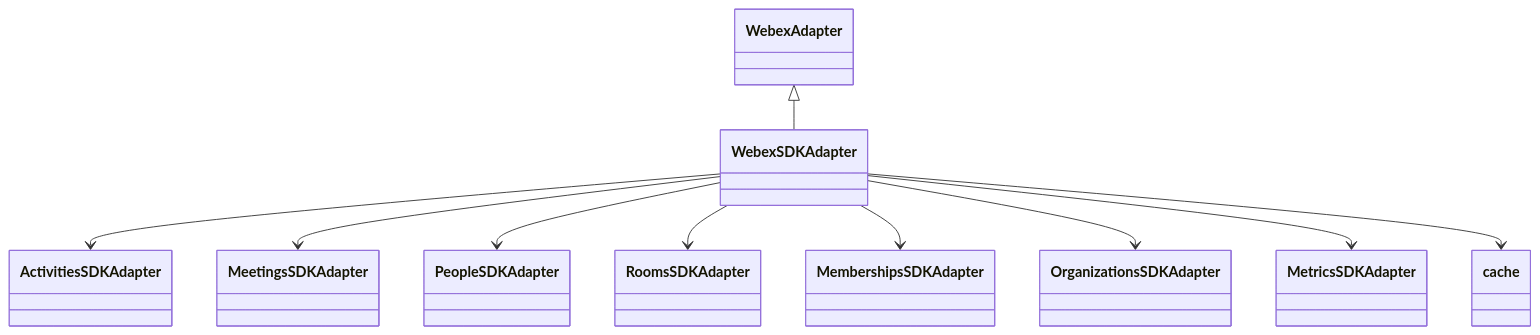
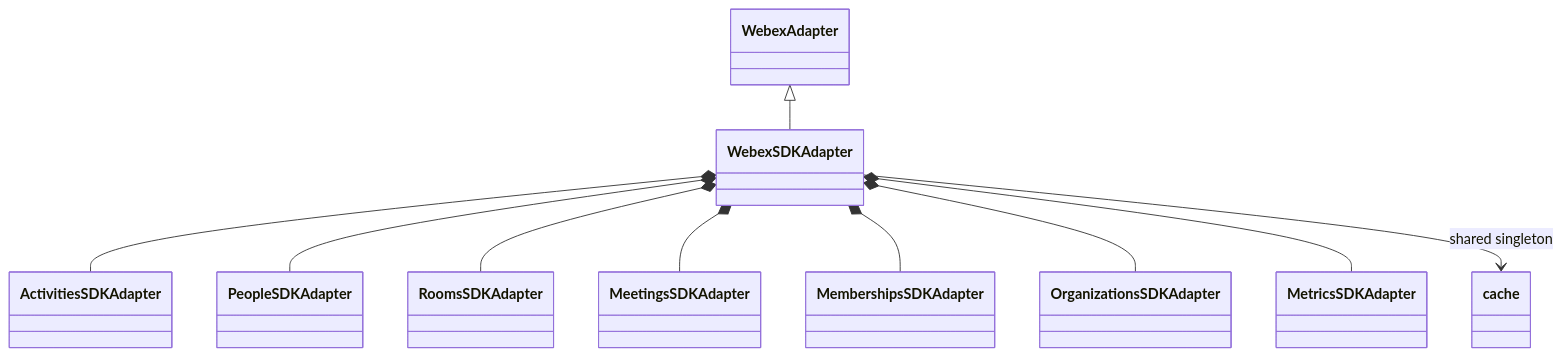
One commit to webex/sdk-component-adapter changed the fourth of 4 diagrams in src/ai-docs/webex-sdk-adapter-spec.md. Above: the diagram before and after it, drawn with Mermaid. The commit also changed other lines of this file and 17 other files, not shown here.

````diff
--- a/src/ai-docs/webex-sdk-adapter-spec.md
+++ b/src/ai-docs/webex-sdk-adapter-spec.md
@@ -157,12 +181,12 @@
 ```mermaid
 classDiagram
   WebexAdapter <|-- WebexSDKAdapter
-  WebexSDKAdapter --> ActivitiesSDKAdapter
-  WebexSDKAdapter --> MeetingsSDKAdapter
-  WebexSDKAdapter --> PeopleSDKAdapter
-  WebexSDKAdapter --> RoomsSDKAdapter
-  WebexSDKAdapter --> MembershipsSDKAdapter
-  WebexSDKAdapter --> OrganizationsSDKAdapter
-  WebexSDKAdapter --> MetricsSDKAdapter
-  WebexSDKAdapter --> cache
+  WebexSDKAdapter *-- ActivitiesSDKAdapter
+  WebexSDKAdapter *-- PeopleSDKAdapter
+  WebexSDKAdapter *-- RoomsSDKAdapter
+  WebexSDKAdapter *-- MeetingsSDKAdapter
+  WebexSDKAdapter *-- MembershipsSDKAdapter
+  WebexSDKAdapter *-- OrganizationsSDKAdapter
+  WebexSDKAdapter *-- MetricsSDKAdapter
+  WebexSDKAdapter --> cache : shared singleton
 ```
````
